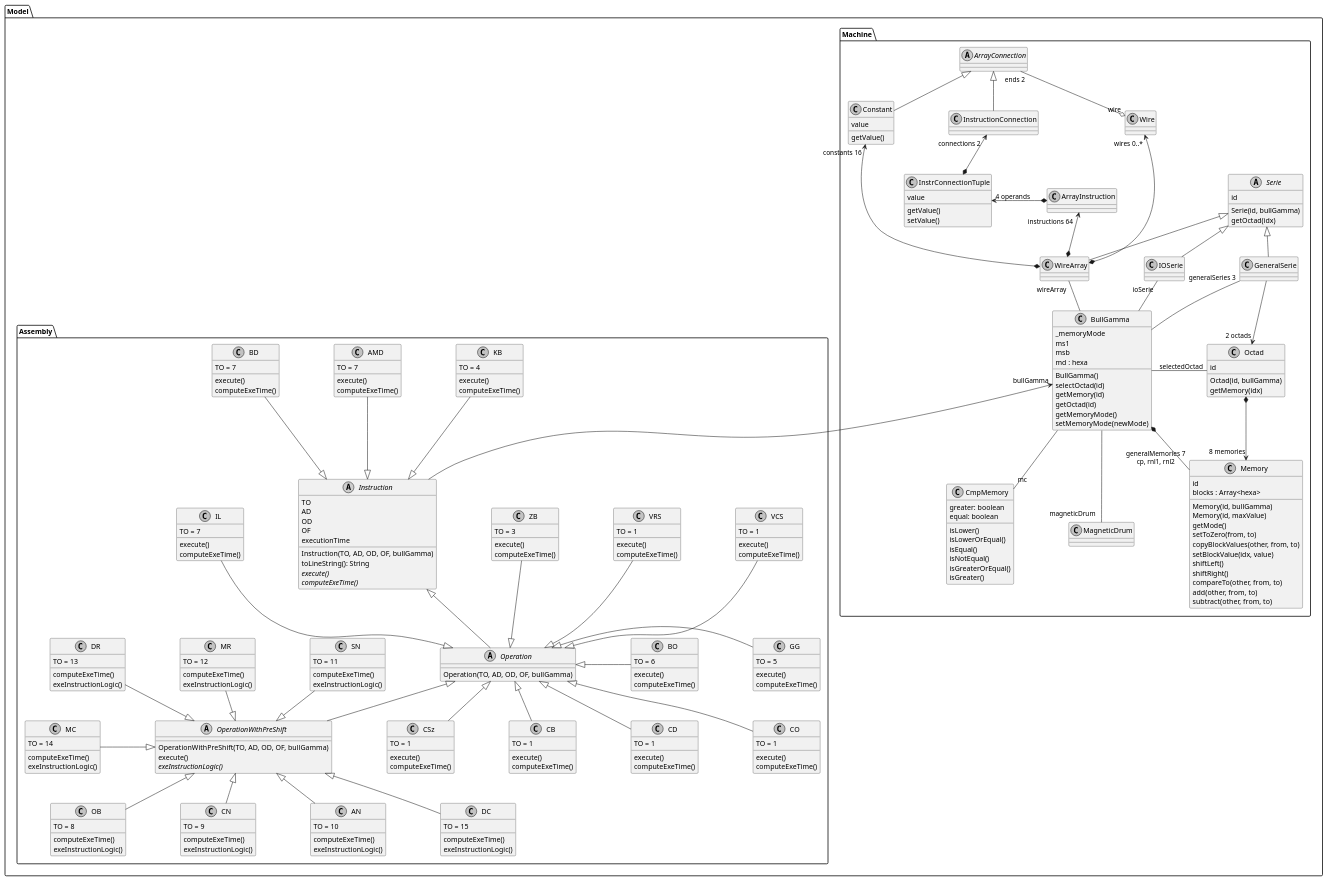
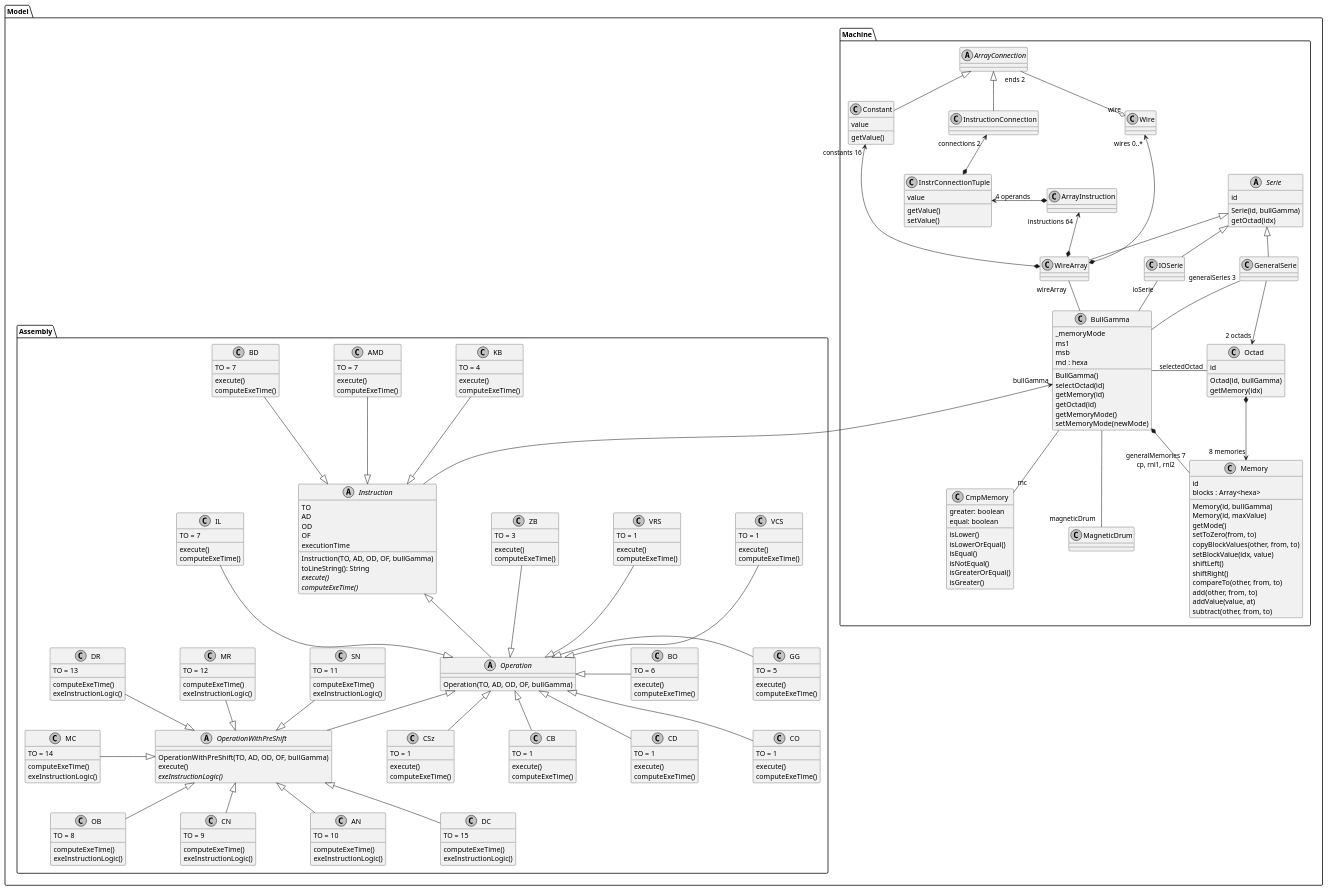
The diagram in docs/classes.puml (lutrampal/bullgammator), drawn with PlantUML before and after one commit. The commit also changed 4 other files, not shown here.

```diff
--- a/docs/classes.puml
+++ b/docs/classes.puml
@@ -43,6 +43,7 @@
       shiftRight()
       compareTo(other, from, to)
       add(other, from, to)
+      addValue(value, at)
       subtract(other, from, to)
     }
 
```
